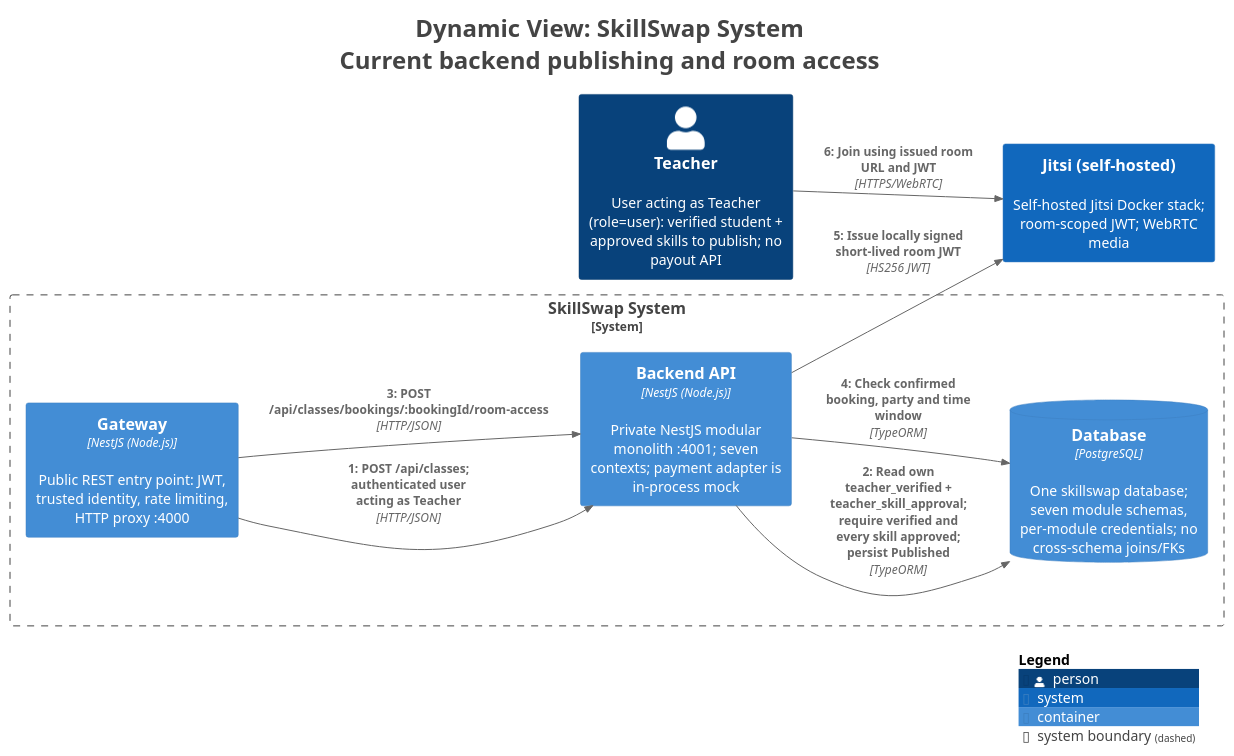
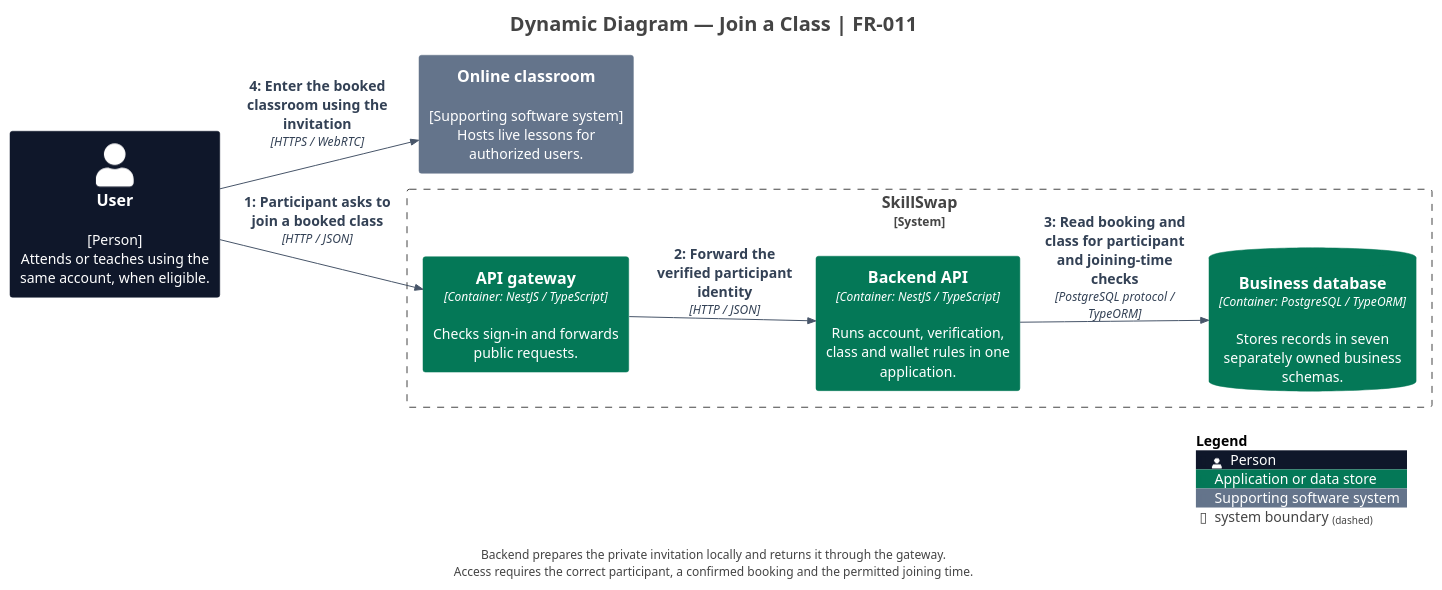
The diagram in docs/diagrams/c4/source/structurizr-TeachingFlow.puml (trankien022/SkillSwap), drawn with PlantUML before and after one commit. The commit also changed 62 other files, not shown here.

First line of the commit message:
docs(diagrams): refresh diagrams against current code (#77)

```diff
--- a/docs/diagrams/c4/source/structurizr-TeachingFlow.puml
+++ b/docs/diagrams/c4/source/structurizr-TeachingFlow.puml
@@ -1,36 +1,49 @@
 @startuml
-title <size:24>Dynamic View: SkillSwap System</size>\n<size:24>Current backend publishing and room access</size>
+title Dynamic Diagram — Join a Class | FR-011
 
 set separator none
 left to right direction
 
 <style>
   root {
     BackgroundColor: #ffffff
     FontColor: #444444
   }
 </style>
 
 !include <C4/C4>
 !include <C4/C4_Context>
 !include <C4/C4_Container>
 
-System_Boundary("SkillSwapSystem_boundary", "SkillSwap System", $tags="") {
-  ContainerDb(SkillSwapSystem.Database, "Database", $techn="PostgreSQL", $descr="One skillswap database; seven module schemas, per-module credentials; no cross-schema joins/FKs", $tags="", $link="")
-  Container(SkillSwapSystem.Gateway, "Gateway", $techn="NestJS (Node.js)", $descr="Public REST entry point: JWT, trusted identity, rate limiting, HTTP proxy :4000", $tags="", $link="")
-  Container(SkillSwapSystem.BackendAPI, "Backend API", $techn="NestJS (Node.js)", $descr="Private NestJS modular monolith :4001; seven contexts; payment adapter is in-process mock", $tags="", $link="")
+' Presentation only: model elements and relationships come from workspace.dsl.
+skinparam defaultFontName Arial
+skinparam defaultFontSize 14
+skinparam shadowing false
+skinparam nodesep 35
+skinparam ranksep 45
+skinparam footerFontSize 12
+skinparam titleFontSize 20
+UpdateElementStyle("person", $bgColor="#0F172A", $fontColor="#FFFFFF", $borderColor="#0F172A", $legendText="Person")
+UpdateElementStyle("system", $bgColor="#047857", $fontColor="#FFFFFF", $borderColor="#047857", $legendText="Software system in scope")
+UpdateElementStyle("external_system", $bgColor="#64748B", $fontColor="#FFFFFF", $borderColor="#64748B", $legendText="Supporting software system")
+UpdateElementStyle("container", $bgColor="#047857", $fontColor="#FFFFFF", $borderColor="#047857", $legendText="Application or data store")
+UpdateRelStyle($lineColor="#475569", $textColor="#334155")
+AddElementTag("Demo", $bgColor="#F1F5F9", $fontColor="#0F172A", $borderColor="#64748B", $legendText="Demonstration client (local booking data)")
+
+System_Boundary("SkillSwap_boundary", "SkillSwap", $tags="") {
+  Container(SkillSwap.APIgateway, "API gateway", $techn="Container: NestJS / TypeScript", $descr="Checks sign-in and forwards public requests.", $tags="", $link="")
+  Container(SkillSwap.BackendAPI, "Backend API", $techn="Container: NestJS / TypeScript", $descr="Runs account, verification, class and wallet rules in one application.", $tags="", $link="")
+  ContainerDb(SkillSwap.Businessdatabase, "Business database", $techn="Container: PostgreSQL / TypeORM", $descr="Stores records in seven separately owned business schemas.", $tags="", $link="")
 }
 
-Person(Teacher, "Teacher", $descr="User acting as Teacher (role=user): verified student + approved skills to publish; no payout API", $tags="", $link="")
-System(Jitsiselfhosted, "Jitsi (self-hosted)", $descr="Self-hosted Jitsi Docker stack; room-scoped JWT; WebRTC media", $tags="", $link="")
+Person(User, "User", $descr="[Person]\nAttends or teaches using the same account, when eligible.", $tags="", $link="")
+System_Ext(Onlineclassroom, "Online classroom", $descr="[Supporting software system]\nHosts live lessons for authorized users.", $tags="", $link="")
 
-Rel(SkillSwapSystem.Gateway, SkillSwapSystem.BackendAPI, "1: POST /api/classes; authenticated user acting as Teacher", $techn="HTTP/JSON", $tags="", $link="")
-Rel(SkillSwapSystem.BackendAPI, SkillSwapSystem.Database, "2: Read own teacher_verified + teacher_skill_approval; require verified and every skill approved; persist Published", $techn="TypeORM", $tags="", $link="")
-Rel(SkillSwapSystem.Gateway, SkillSwapSystem.BackendAPI, "3: POST /api/classes/bookings/:bookingId/room-access", $techn="HTTP/JSON", $tags="", $link="")
-Rel(SkillSwapSystem.BackendAPI, SkillSwapSystem.Database, "4: Check confirmed booking, party and time window", $techn="TypeORM", $tags="", $link="")
-Rel(SkillSwapSystem.BackendAPI, Jitsiselfhosted, "5: Issue locally signed short-lived room JWT", $techn="HS256 JWT", $tags="", $link="")
-Rel(Teacher, Jitsiselfhosted, "6: Join using issued room URL and JWT", $techn="HTTPS/WebRTC", $tags="", $link="")
+Rel(User, SkillSwap.APIgateway, "1: Participant asks to join a booked class", $techn="HTTP / JSON", $tags="", $link="")
+Rel(SkillSwap.APIgateway, SkillSwap.BackendAPI, "2: Forward the verified participant identity", $techn="HTTP / JSON", $tags="", $link="")
+Rel(SkillSwap.BackendAPI, SkillSwap.Businessdatabase, "3: Read booking and class for participant and joining-time checks", $techn="PostgreSQL protocol / TypeORM", $tags="", $link="")
+Rel(User, Onlineclassroom, "4: Enter the booked classroom using the invitation", $techn="HTTPS / WebRTC", $tags="", $link="")
 
-SHOW_LEGEND(true)
-hide stereotypes
+SHOW_LEGEND()
+footer Backend prepares the private invitation locally and returns it through the gateway.\nAccess requires the correct participant, a confirmed booking and the permitted joining time.
 @enduml
```
